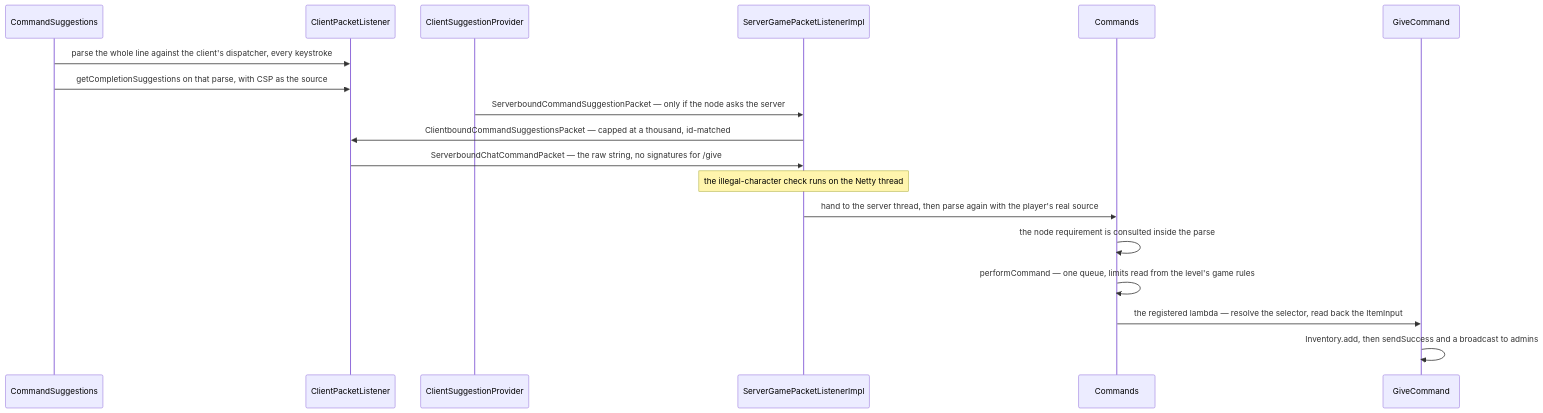
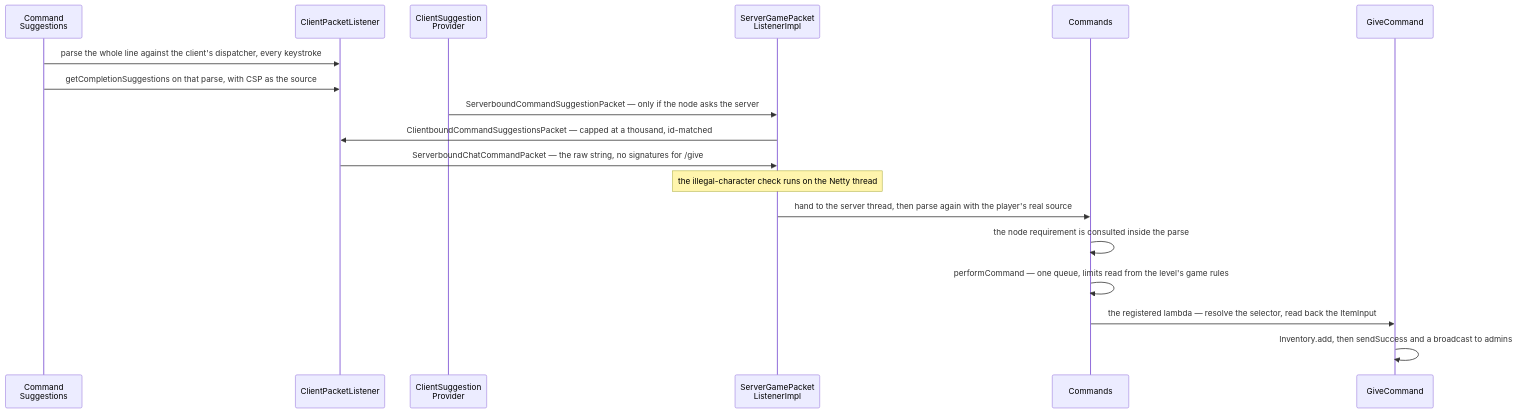
One commit to AlexanderjFraser/MinecraftDocs changed the diagram in src/systems/commands/brigadier-and-commands.md. Above: the diagram before and after it, drawn with Mermaid. The commit also changed 68 other files, not shown here.

````diff
--- a/src/systems/commands/brigadier-and-commands.md
+++ b/src/systems/commands/brigadier-and-commands.md
@@ -43,21 +43,21 @@
 ```mermaid
 sequenceDiagram
-    participant CSug as CommandSuggestions
+    participant CSug as Command<br/>Suggestions
     participant CPL as ClientPacketListener
-    participant CSP as ClientSuggestionProvider
-    participant SGPL as ServerGamePacketListenerImpl
+    participant CSP as ClientSuggestion<br/>Provider
+    participant SGPL as ServerGamePacket<br/>ListenerImpl
     participant Cmds as Commands
     participant GC as GiveCommand
 
     CSug->>CPL: parse the whole line against the client's dispatcher, every keystroke
     CSug->>CPL: getCompletionSuggestions on that parse, with CSP as the source
     CSP->>SGPL: ServerboundCommandSuggestionPacket — only if the node asks the server
     SGPL->>CPL: ClientboundCommandSuggestionsPacket — capped at a thousand, id-matched
     CPL->>SGPL: ServerboundChatCommandPacket — the raw string, no signatures for /give
     Note over SGPL: the illegal-character check runs on the Netty thread
     SGPL->>Cmds: hand to the server thread, then parse again with the player's real source
     Cmds->>Cmds: the node requirement is consulted inside the parse
     Cmds->>Cmds: performCommand — one queue, limits read from the level's game rules
     Cmds->>GC: the registered lambda — resolve the selector, read back the ItemInput
     GC->>GC: Inventory.add, then sendSuccess and a broadcast to admins
 ```
````
